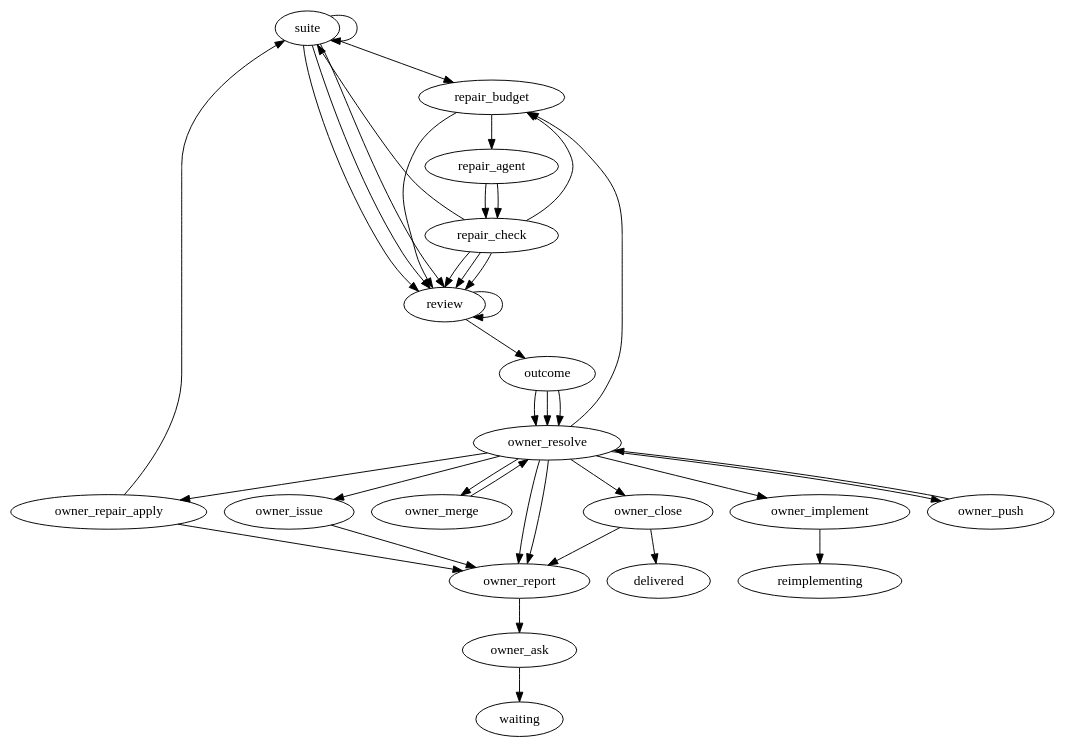
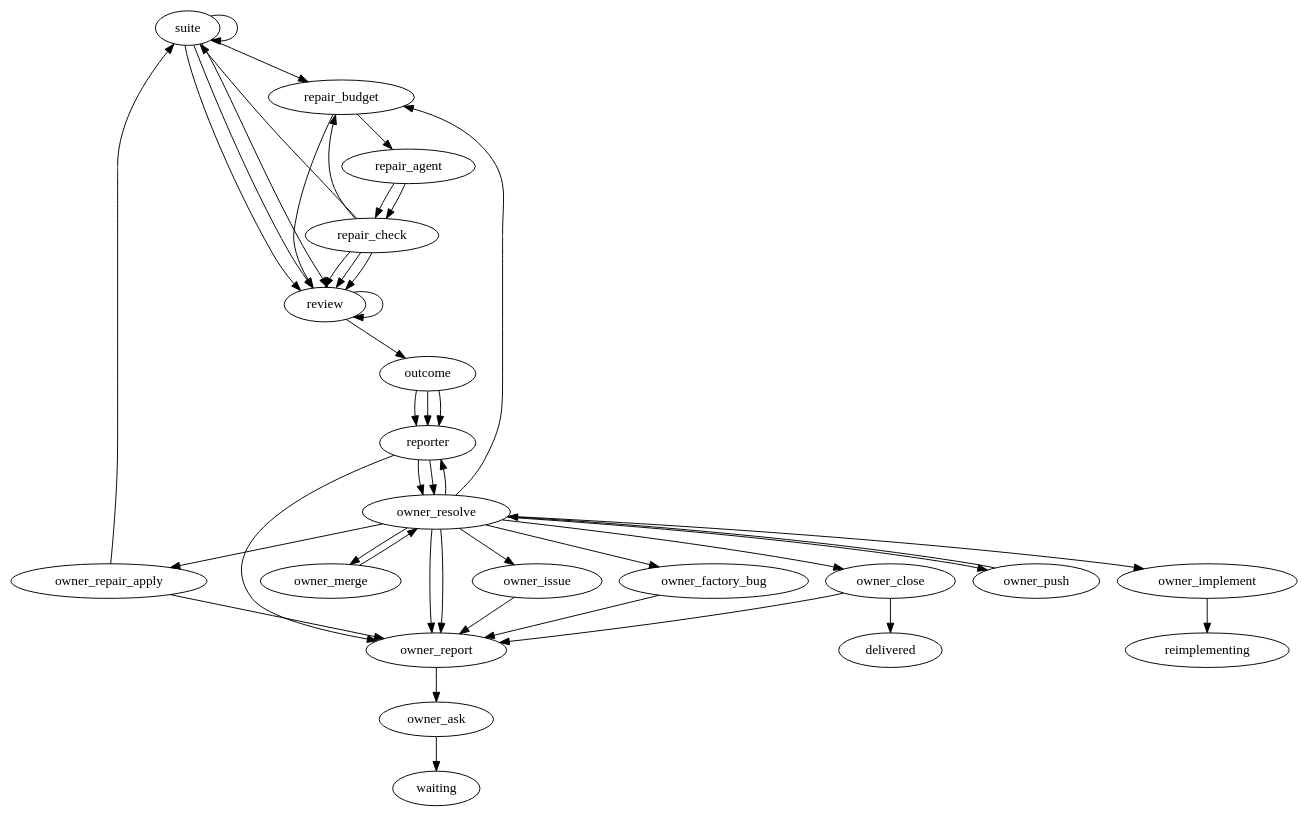
One commit to marioatcloudvane/litefactory changed the diagram in teams/source/base-team/validate/validate.dot. Above: the diagram before and after it, drawn with Graphviz. The commit also changed 1 other file, not shown here.

Commit message:
graph: reporter, discussion and factory Bug steps in validate.dot
The reporter node runs after the outcome and before the owner wait; done
and fallback both reach the owner resolution, so Validate never waits on
it. A plain owner comment resolves to discuss and wakes the reporter,
whose answer is reported (lf_rounds bounds it). factory_bug reaches a
filing step only from the owner's own command. The Validate graph
checker enforces these edges, a read-only reporter of the
validate-reporter role, and the re-run and round bounds.

```diff
--- a/teams/source/base-team/validate/validate.dot
+++ b/teams/source/base-team/validate/validate.dot
@@ -1,146 +1,172 @@
 // Validate checks the code a story branch holds. The factory first runs the full
 // suite coverage on one exact commit. Passing or completely covered work goes to review. A failed
 // suite gets at most two repair rounds from one write-access agent; the factory
 // measures what the agent really changed, keeps a small change as a new commit
 // and runs the suite on it again. Flagged and handback candidates are retained
 // completely before reset for exact owner review; they are not adopted automatically. Three
 // read-only reviewers then assess the final tested commit side by side. The run
 // ends in one of three ends: assessed, handed back to Implement, or blocked.
 //
 // This file is the only place the flow lives. Order, branches, the repair bound,
 // the time budget, the measured limits and the reviewers are all declared here.
 // Go supplies steps; it never picks the next step.
 //
-// After the outcome the owner side begins. The run resolves the owner's reply,
+// After the outcome one read-only reporter writes the owner's short summary;
+// the factory renders every command and falls back to its own report when the
+// reporter fails. Plain owner comments on the waiting report wake it again.
+//
+// After the reporter the owner side begins. The run resolves the owner's reply,
 // refreshes the one report comment and waits for the owner through the existing
 // graph wait; the owner's reply re-enters the resolve step. Every remote effect
 // (follow-up issue, push with pull request, merge, close) is its own step and is
 // reached only from the owner's own command, so one confirmation never implies
 // the next, except the explicit /validate-ship: push and merge return to the
 // resolve step, which carries a ship command on push -> merge -> close until a
 // step fails or delivery ends, and returns to the owner wait after any other
 // command. The run succeeds only after the close step has closed the accepted
 // issues, and the resolve loop is bounded by its lf_limit.
 //
 // The owner may instead send the blocking findings back to Implement with
 // /validate-implement. The implement step reopens every merged story with a
 // blocking finding on the same feature branch, gives each story worker its
 // findings as owner guidance, and starts the parent's Implement coordinator
 // once. The run then ends reimplementing; Validate runs again on the new head
 // when Implement finishes.
 //
 // The owner may choose repair for a finding. Once every blocking finding of the
 // tested commit has a choice, the repair reply starts one repair round for all
 // findings chosen for repair, through the same repair nodes and within the same
 // two-round bound as a failed suite. A kept repair is a new commit, so the suite
 // and the reviewers run again on it; a rejected or spent repair returns to the
 // owner report with its reason. Pending owner checks do not hold the round back.
 //
 // The repair bound is two rounds. Every round is counted from the moment it
 // starts, so a round that times out or is interrupted is used. The time budget
 // is in agent minutes and does not include the time the suite runs. The limits
 // of one repair are the number of files and the kinds of change that are not
 // allowed: package layout, dependencies, schema, public API, a deleted or
 // skipped test and a changed acceptance criterion.
 //
 // Every path to an end passes through review, so a failed or blocked suite still
 // gets static findings. The outcome step decides the end from the recorded
 // facts: a passed suite ends assessed, a suite that still fails ends handed back
 // with what Implement must change, and a suite that could not give a trustworthy
 // answer ends blocked with its reason. Nothing here accepts or approves.
 digraph validate {
  graph [team="{{team}}", mode="validate", profile_version="1", start="suite"];
 
  // ---- Test the commit ---------------------------------------------------------
  // The captured coverage contract permits verified runner selection. Runtime
  // freshness gates retain full execution for runners awaiting native evidence.
  suite [lf_action="lf_validate_suite", lf_outcomes="passed,covered,failed,blocked,retry", lf_coverage="v1", lf_limit="16"];
 
  // ---- Repair loop (at most two rounds) ---------------------------------------
  repair_budget [lf_action="lf_validate_repair_budget", lf_outcomes="run,spent", lf_rounds="2", lf_suite="suite", lf_limit="6"];
  repair_agent  [lf_action="lf_agent", lf_outcomes="success,failed", lf_agent_markdown="validate-repair", lf_skills="validate-repair-report,{{stack_skill}}", lf_access="write", lf_budget="15", lf_limit="2"];
  repair_check  [lf_action="lf_validate_repair_check", lf_outcomes="kept,too_big,handback,unfinished,blocked", lf_max_files="3", lf_forbid="package,dependency,schema,api,tests,criteria", lf_source="repair_agent", lf_suite="suite", lf_limit="4"];
 
  // ---- Review the final tested commit (read-only, side by side) ----------------
  review [lf_action="lf_validate_review", lf_outcomes="done,retry", lf_roles="validate-acceptance,validate-code,validate-architecture", lf_standards="validate-architecture", lf_skills="validate-review,{{stack_skill}}", lf_suite="suite", lf_limit="32"];
 
  // ---- Join the findings and record the end -------------------------------------
  // It is reached once for the first end and once more after each owner repair
  // round and after a spent repair budget; on an unchanged commit it reuses the
  // recorded end.
  outcome [lf_action="lf_validate_outcome", lf_outcomes="assessed,handed_back,blocked", lf_suite="suite", lf_limit="4"];
 
+ // ---- Owner summary -------------------------------------------------------------
+ // One read-only reporter agent reads the suite, repair and reviewer records,
+ // makes at most lf_reruns focused re-runs (one may be on the base commit)
+ // within lf_budget minutes and writes the short owner summary: what failed,
+ // why, and one action per item from a fixed list. The factory stores it once
+ // and renders every command itself. When the reporter fails, times out or
+ // returns an invalid summary, the outcome is fallback and the factory's own
+ // compact report from the facts stands in: Validate never waits on it.
+ // A plain owner comment on the waiting report wakes it again (discuss): it
+ // answers in plain words and may revise its advice, at most lf_rounds times
+ // per run. It never runs a command for the owner and never approves.
+ reporter [lf_action="lf_validate_reporter", lf_outcomes="done,fallback,answered", lf_roles="validate-reporter", lf_skills="validate-report,{{stack_skill}}", lf_suite="suite", lf_budget="10", lf_reruns="3", lf_rounds="5", lf_limit="12"];
+
  // ---- Owner resolution ----------------------------------------------------------
  // The loop limit is lf_limit on resolve. When it runs out the run stops and
  // nothing is approved, because every effect needs a command inside the loop.
- owner_resolve [lf_action="lf_validate_resolve", lf_outcomes="wait,create_issue,push,merge,close,implement,stale,repair,apply_repair", lf_suite="suite", lf_limit="24"];
+ owner_resolve [lf_action="lf_validate_resolve", lf_outcomes="wait,create_issue,push,merge,close,implement,stale,repair,apply_repair,discuss,factory_bug", lf_suite="suite", lf_limit="32"];
  owner_report  [lf_action="lf_validate_report", lf_outcomes="done", lf_limit="64"];
  owner_ask     [lf_action="lf_validate_ask", lf_outcomes="published", lf_source="owner_resolve", lf_limit="32"];
  owner_issue   [lf_action="lf_validate_issue", lf_outcomes="done", lf_limit="24"];
  owner_push    [lf_action="lf_validate_push", lf_outcomes="done", lf_limit="8"];
  owner_merge   [lf_action="lf_validate_merge", lf_outcomes="done", lf_limit="8"];
  owner_close   [lf_action="lf_validate_close", lf_outcomes="closed,open", lf_limit="8"];
  owner_implement [lf_action="lf_validate_implement", lf_outcomes="started", lf_suite="suite", lf_limit="4"];
+ // A factory Bug is only proposed in the summary; the owner's own command
+ // files it upstream once, through the log-analysis filing path.
+ owner_factory_bug [lf_action="lf_validate_factory_bug", lf_outcomes="done", lf_limit="8"];
 
  // Exact owner adoption returns through the suite and all reviewers.
  owner_repair_apply [lf_action="lf_validate_repair_apply", lf_outcomes="applied,blocked", lf_limit="4"];
 
  // ---- Ends ------------------------------------------------------------------------
  // waiting rests on the owner; delivered is reached only from a closed close;
  // reimplementing hands the findings back to Implement.
  waiting        [lf_terminal="true"];
  delivered      [lf_terminal="true"];
  reimplementing [lf_terminal="true"];
 
  // A passed suite needs no repair; a blocked one is not a code failure, so it is
  // not repaired either. A failed suite starts a repair round.
  suite -> review        [lf_on="passed"];
  suite -> review        [lf_on="covered"];
  suite -> repair_budget [lf_on="failed"];
  suite -> review        [lf_on="blocked"];
  suite -> suite         [lf_on="retry"];
 
  // One round: start it (this settles any round a restart left behind), run the
  // agent, measure the real change. A kept change is a new commit and is tested
  // again. A change that is too big, a diagnosis that is a handback and a round
  // that cannot be measured go to review. A round that did not finish, such as a
  // timeout, is used up; the budget decides whether another round may start.
  repair_budget -> repair_agent  [lf_on="run"];
  repair_budget -> review        [lf_on="spent"];
  repair_agent  -> repair_check  [lf_on="success"];
  repair_agent  -> repair_check  [lf_on="failed"];
  repair_check  -> suite         [lf_on="kept"];
  repair_check  -> review        [lf_on="too_big"];
  repair_check  -> review        [lf_on="handback"];
  repair_check  -> repair_budget [lf_on="unfinished"];
  repair_check  -> review        [lf_on="blocked"];
 
  review  -> outcome [lf_on="done"];
  review  -> review  [lf_on="retry"];
 
  // Every end goes to the owner: an assessed run asks what to do with the
  // findings, a handed back or blocked one shows why and what is open.
- outcome -> owner_resolve [lf_on="assessed"];
- outcome -> owner_resolve [lf_on="handed_back"];
- outcome -> owner_resolve [lf_on="blocked"];
+ outcome -> reporter [lf_on="assessed"];
+ outcome -> reporter [lf_on="handed_back"];
+ outcome -> reporter [lf_on="blocked"];
+ reporter -> owner_resolve [lf_on="done"];
+ reporter -> owner_resolve [lf_on="fallback"];
+ reporter -> owner_report [lf_on="answered"];
+ owner_resolve -> reporter [lf_on="discuss"];
+ owner_resolve -> owner_factory_bug [lf_on="factory_bug"];
+ owner_factory_bug -> owner_report [lf_on="done"];
 
  owner_resolve -> owner_repair_apply [lf_on="apply_repair"];
  owner_repair_apply -> suite [lf_on="applied"];
  owner_repair_apply -> owner_report [lf_on="blocked"];
  owner_resolve -> owner_report       [lf_on="wait"];
  owner_resolve -> owner_report       [lf_on="stale"];
  owner_resolve -> owner_issue        [lf_on="create_issue"];
  owner_resolve -> repair_budget      [lf_on="repair"];
  owner_resolve -> owner_push         [lf_on="push"];
  owner_resolve -> owner_merge        [lf_on="merge"];
  owner_resolve -> owner_close        [lf_on="close"];
  owner_resolve -> owner_implement    [lf_on="implement"];
  owner_implement -> reimplementing   [lf_on="started"];
  owner_issue -> owner_report       [lf_on="done"];
  owner_push -> owner_resolve      [lf_on="done"];
  owner_merge -> owner_resolve      [lf_on="done"];
  owner_close -> delivered    [lf_on="closed"];
  owner_close -> owner_report       [lf_on="open"];
  owner_report -> owner_ask          [lf_on="done"];
  owner_ask -> waiting      [lf_on="published"];
 }
```
